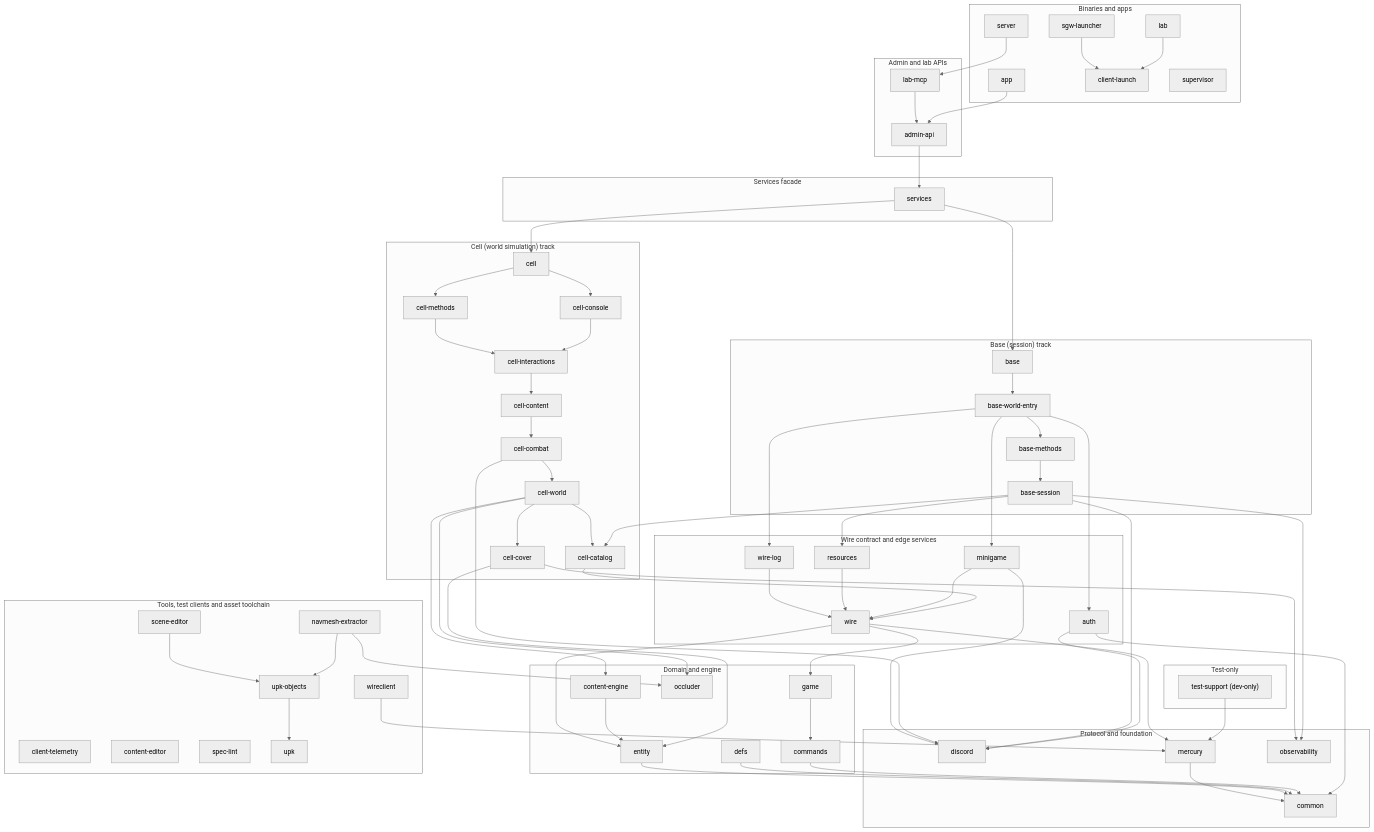
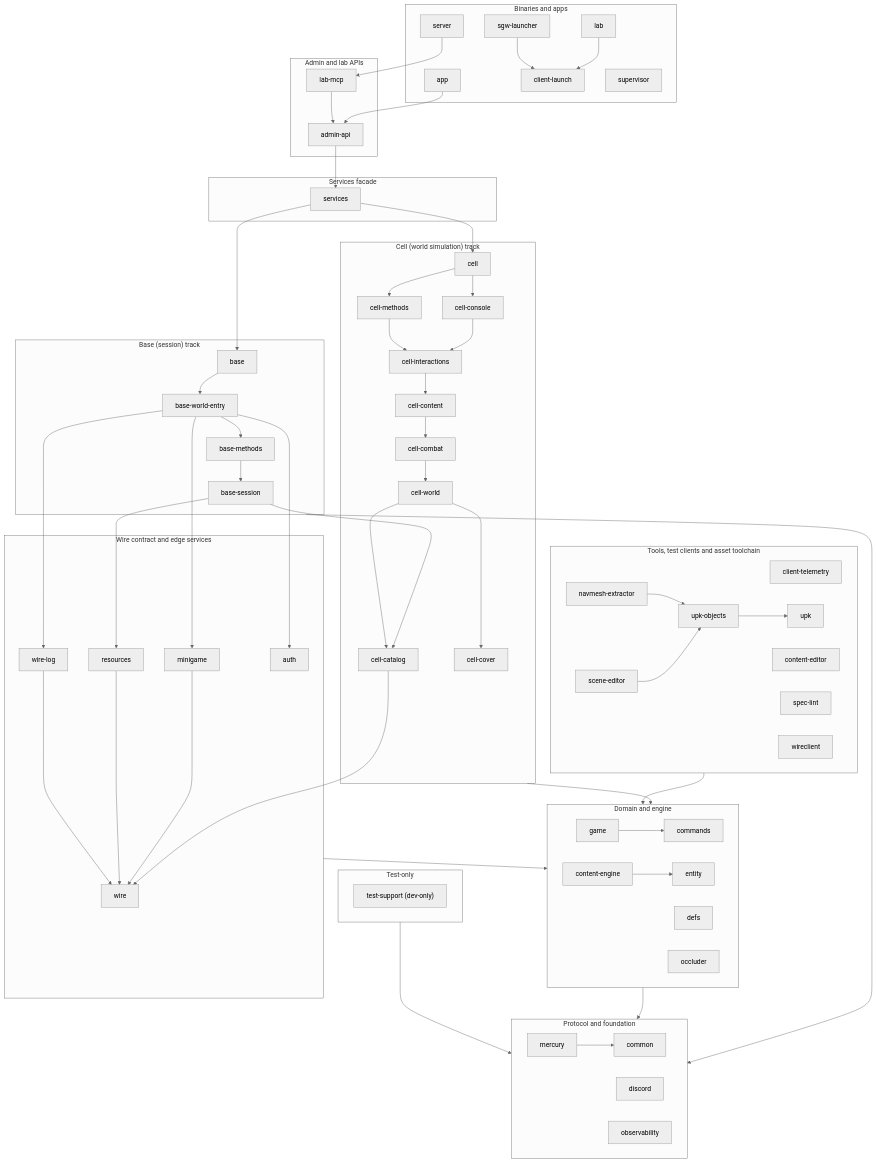
Before and after one commit to SandboxServers/Cimmeria: the diagram in README.md, drawn with Mermaid. The commit also changed other lines of this file and 2 other files, not shown here.

Commit message:
docs(crate-graph): draw edges into the shared bottom layers once per layer
Nearly every crate depends on the "Domain and engine" and "Protocol and
foundation" layers, so drawing each of those edges crate to crate ran dozens
of lines across the whole diagram. Edges into those layers (SHARED_LAYERS)
are now drawn as layer-to-layer arrows, with a transitive reduction at the
layer level too; edges between and inside the tracks, the wire contract and
the facade stay crate to crate. 164 direct edges now draw as 35 crate edges
plus 6 layer arrows. `--full` still draws every crate edge, and the caption
says what was collapsed.

Claude-Session: https://claude.ai/code/session_01Wgx9Q5HHQtsvQ1tyaRraqz

````diff
--- a/README.md
+++ b/README.md
@@ -166,13 +166,9 @@
     end
     adminApi --> services
     app --> adminApi
-    auth --> common
-    auth --> discord
     base --> baseWorldEntry
     baseMethods --> baseSession
     baseSession --> cellCatalog
-    baseSession --> discord
-    baseSession --> observability
     baseSession --> resources
     baseWorldEntry --> auth
     baseWorldEntry --> baseMethods
@@ -182,40 +178,31 @@
     cell --> cellMethods
     cellCatalog --> wire
     cellCombat --> cellWorld
-    cellCombat --> discord
     cellConsole --> cellInteractions
     cellContent --> cellCombat
-    cellCover --> entity
-    cellCover --> observability
     cellInteractions --> cellContent
     cellMethods --> cellInteractions
     cellWorld --> cellCatalog
     cellWorld --> cellCover
-    cellWorld --> contentEngine
-    cellWorld --> occluder
-    commands --> common
     contentEngine --> entity
-    defs --> common
-    entity --> common
     game --> commands
     lab --> clientLaunch
     labMcp --> adminApi
     mercury --> common
-    minigame --> discord
     minigame --> wire
-    navmeshExtractor --> occluder
     navmeshExtractor --> upkObjects
     resources --> wire
     sceneEditor --> upkObjects
     server --> labMcp
     services --> base
     services --> cell
-    testSupport --> mercury
     upkObjects --> upk
-    wire --> entity
-    wire --> game
-    wire --> mercury
     wireLog --> wire
-    wireclient --> mercury
     sgwLauncher --> clientLaunch
+    grp_cell --> grp_domain
+    grp_base --> grp_foundation
+    grp_wire --> grp_domain
+    grp_domain --> grp_foundation
+    grp_tools --> grp_domain
+    grp_test --> grp_foundation
 ```
````
